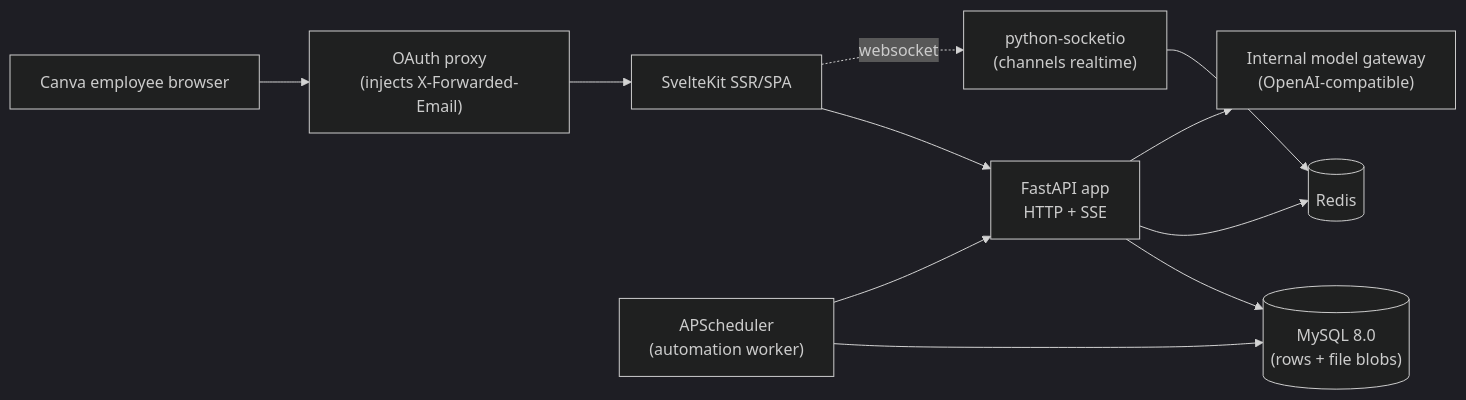
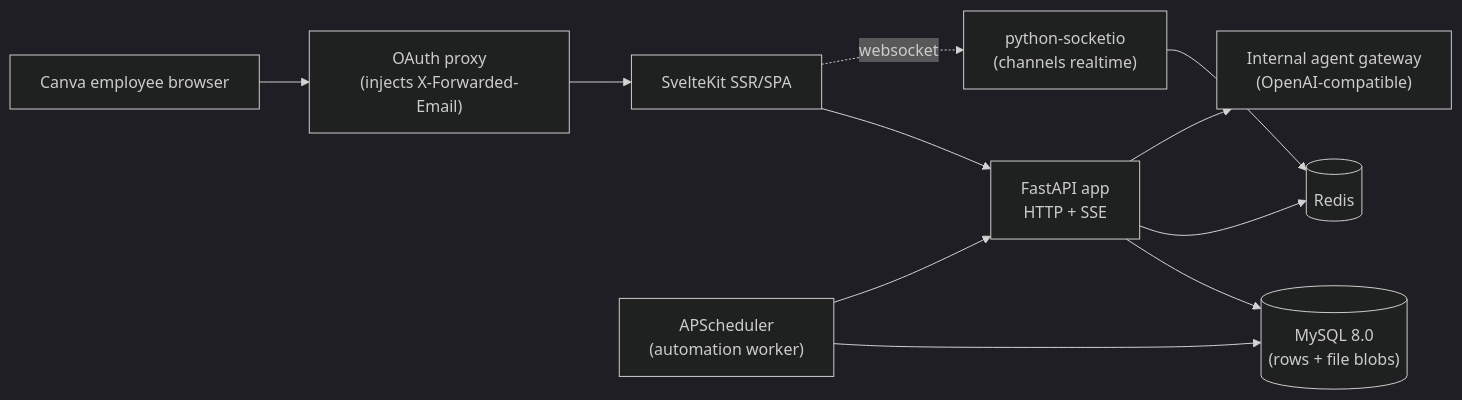
The first of 2 diagrams in rebuild.md (Canva/open-webui), drawn with Mermaid (dark theme) before and after one commit. The commit also changed other lines of this file and 91 other files, not shown here.

Commit message:
Model to agent rename

````diff
--- a/rebuild.md
+++ b/rebuild.md
@@ -29,21 +29,21 @@
 ```mermaid
 flowchart LR
     User[Canva employee browser]
     Proxy["OAuth proxy<br/>(injects X-Forwarded-Email)"]
     Web[SvelteKit SSR/SPA]
     API["FastAPI app<br/>HTTP + SSE"]
     Sock["python-socketio<br/>(channels realtime)"]
     Sched["APScheduler<br/>(automation worker)"]
     DB[("MySQL 8.0<br/>(rows + file blobs)")]
     Redis[(Redis)]
-    Gateway["Internal model gateway<br/>(OpenAI-compatible)"]
+    Gateway["Internal agent gateway<br/>(OpenAI-compatible)"]
 
     User --> Proxy --> Web --> API
     Web -. websocket .-> Sock
     API --> DB
     API --> Redis
     API --> Gateway
     Sock --> Redis
     Sched --> DB
     Sched --> API
 ```
````
